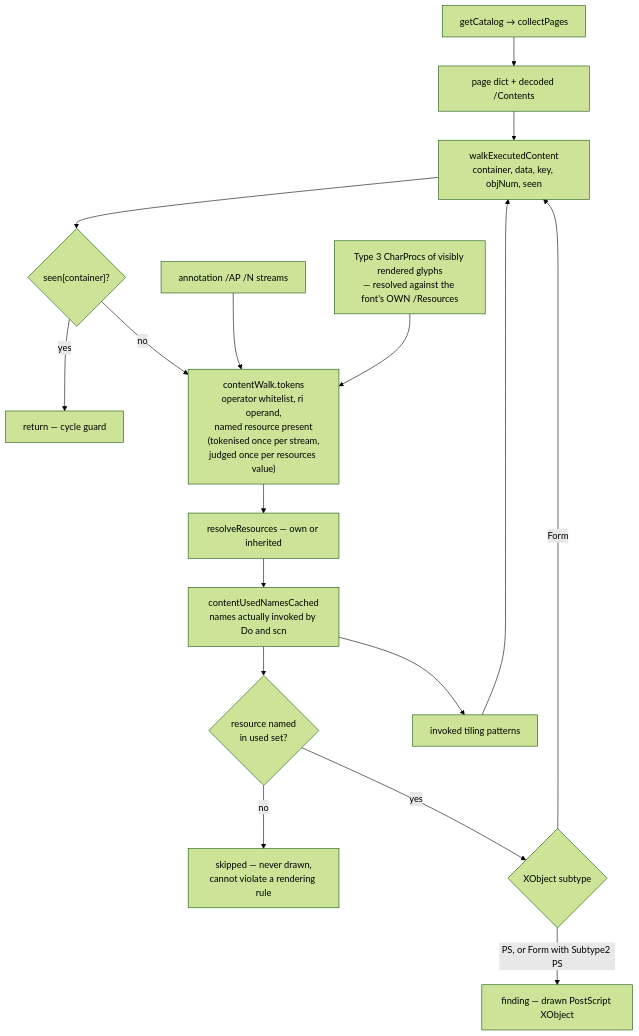
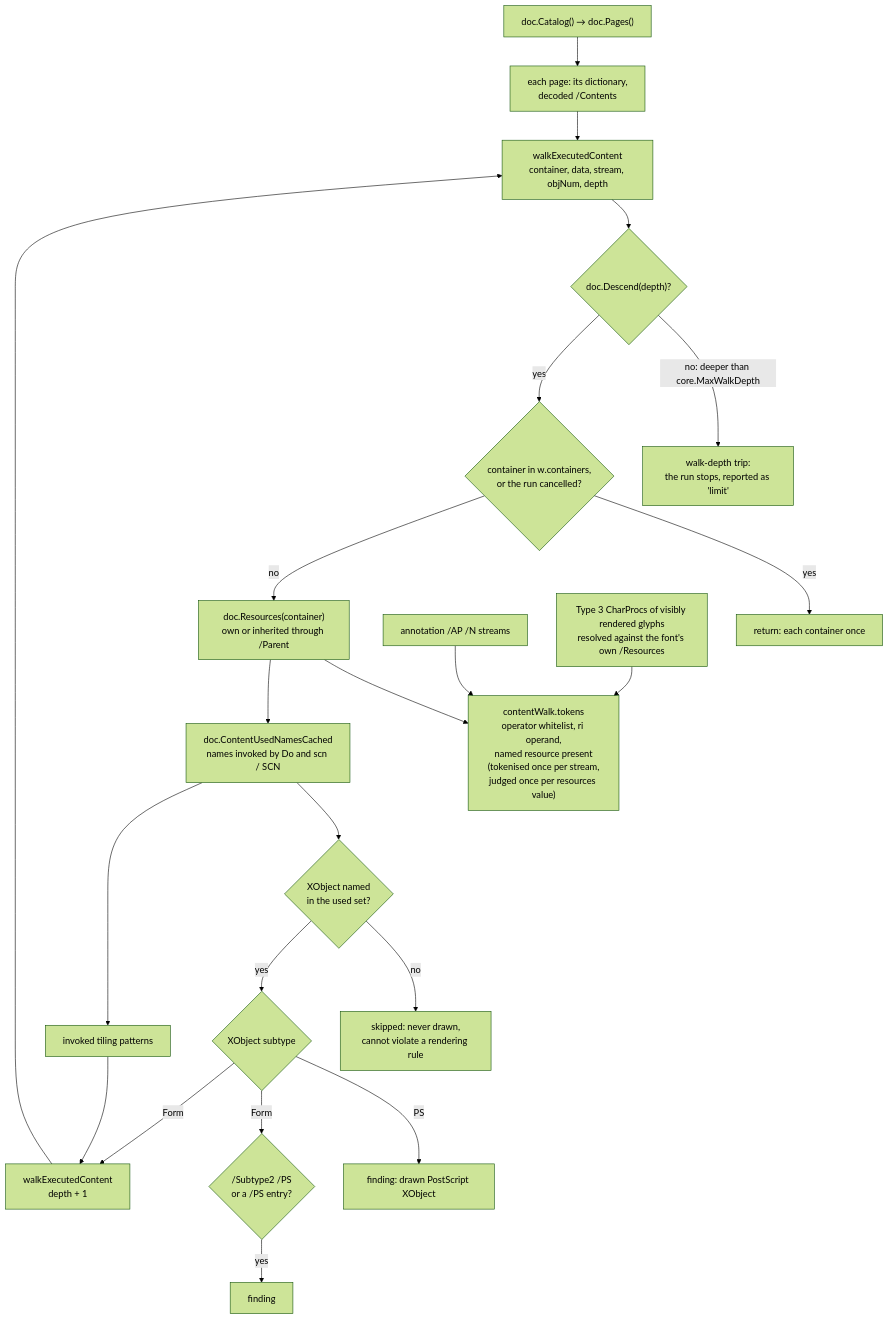
One commit to mgilbir/pdf0 changed the second of 2 diagrams in docs/pdfa.md. Above: the diagram before and after it, drawn with Mermaid (forest theme). The commit also changed other lines of this file, not shown here.

First line of the commit message:
docs/pdfa: own the PDF/A run, a complete rule-file map, and a walk drawn from the code (docs audit 2026-10-11 D32, D40, D46, D56, D57)

````diff
--- a/docs/pdfa.md
+++ b/docs/pdfa.md
@@ -344,19 +490,24 @@
 ```mermaid
 flowchart TD
-    C["getCatalog → collectPages"] --> P["page dict + decoded /Contents"]
-    P --> W["walkExecutedContent<br/>container, data, key, objNum, seen"]
-    W --> S{"seen[container]?"}
-    S -->|yes| STOP["return — cycle guard"]
-    S -->|no| T["contentWalk.tokens<br/>operator whitelist, ri operand,<br/>named resource present<br/>(tokenised once per stream,<br/>judged once per resources value)"]
-    T --> R["resolveResources — own or inherited"]
-    R --> U["contentUsedNamesCached<br/>names actually invoked by Do and scn"]
-    U --> X{"resource named<br/>in used set?"}
-    X -->|no| SKIP["skipped — never drawn,<br/>cannot violate a rendering rule"]
+    C["doc.Catalog() → doc.Pages()"] --> P["each page: its dictionary,<br/>decoded /Contents"]
+    P --> W["walkExecutedContent<br/>container, data, stream, objNum, depth"]
+    W --> DG{"doc.Descend(depth)?"}
+    DG -->|"no: deeper than core.MaxWalkDepth"| TRIP["walk-depth trip:<br/>the run stops, reported as 'limit'"]
+    DG -->|yes| S{"container in w.containers,<br/>or the run cancelled?"}
+    S -->|yes| STOP["return: each container once"]
+    S -->|no| RES["doc.Resources(container)<br/>own or inherited through /Parent"]
+    RES --> T["contentWalk.tokens<br/>operator whitelist, ri operand,<br/>named resource present<br/>(tokenised once per stream,<br/>judged once per resources value)"]
+    RES --> U["doc.ContentUsedNamesCached<br/>names invoked by Do and scn / SCN"]
+    U --> X{"XObject named<br/>in the used set?"}
+    X -->|no| SKIP["skipped: never drawn,<br/>cannot violate a rendering rule"]
     X -->|yes| K{"XObject subtype"}
-    K -->|"PS, or Form with Subtype2 PS"| V["finding — drawn PostScript XObject"]
-    K -->|Form| W
-    U --> PT["invoked tiling patterns"] --> W
+    K -->|PS| V["finding: drawn PostScript XObject"]
+    K -->|Form| F2{"/Subtype2 /PS<br/>or a /PS entry?"}
+    F2 -->|yes| V2["finding"]
+    K -->|Form| W2["walkExecutedContent<br/>depth + 1"]
+    U --> PT["invoked tiling patterns"] --> W2
+    W2 --> W
 
     AP["annotation /AP /N streams"] --> T
-    T3["Type 3 CharProcs of visibly rendered glyphs<br/>— resolved against the font's OWN /Resources"] --> T
+    T3["Type 3 CharProcs of visibly rendered glyphs<br/>resolved against the font's own /Resources"] --> T
 ```
````
